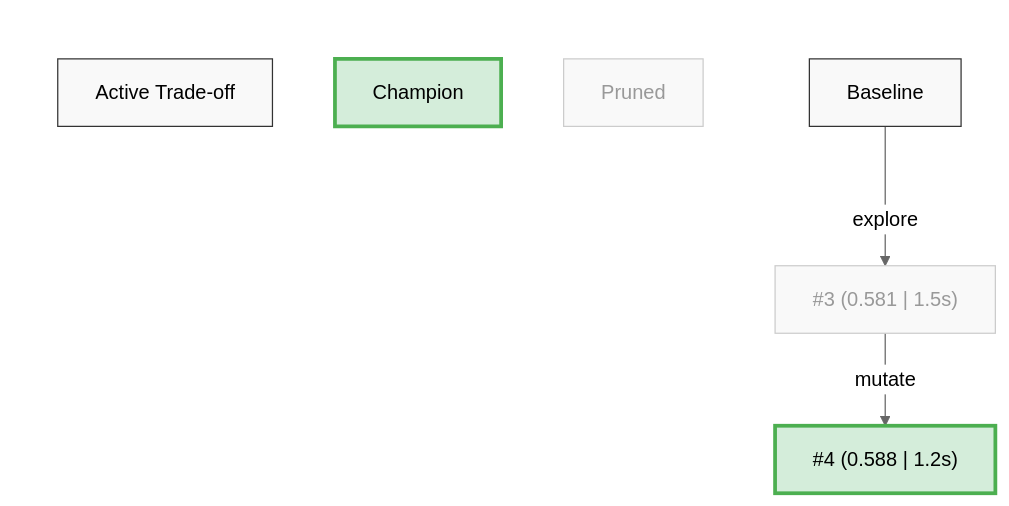
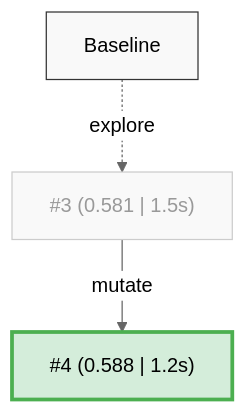
One commit to kaiwong-sapiens/gh-evolve changed the second of 2 diagrams in skills/evolve/SKILL.md. Above: the diagram before and after it, drawn with Mermaid (neutral theme). The commit also changed other lines of this file, not shown here.

Commit message:
style: replace rigid Legend block with Semantic Edge styling

````diff
--- a/skills/evolve/SKILL.md
+++ b/skills/evolve/SKILL.md
@@ -245,20 +250,12 @@
 ```mermaid
 graph TD
   Baseline["Baseline"]
   PR3["#3 (0.581 | 1.5s)"]:::pruned
   PR4["#4 (0.588 | 1.2s)"]:::champion
-  Baseline -- explore --> PR3
+  Baseline -. explore .-> PR3
   PR3 -- mutate --> PR4
 
   classDef default fill:#f9f9f9,stroke:#333,stroke-width:1px;
   classDef champion fill:#d4edda,stroke:#4caf50,stroke-width:3px;
   classDef pruned fill:#f9f9f9,stroke:#ccc,stroke-width:1px,color:#999;
-
-  subgraph Legend [" "]
-    direction TB
-    L1["Active Trade-off"]
-    L2["Champion"]:::champion
-    L3["Pruned"]:::pruned
-  end
-  style Legend fill:none,stroke:none
 ```
````
